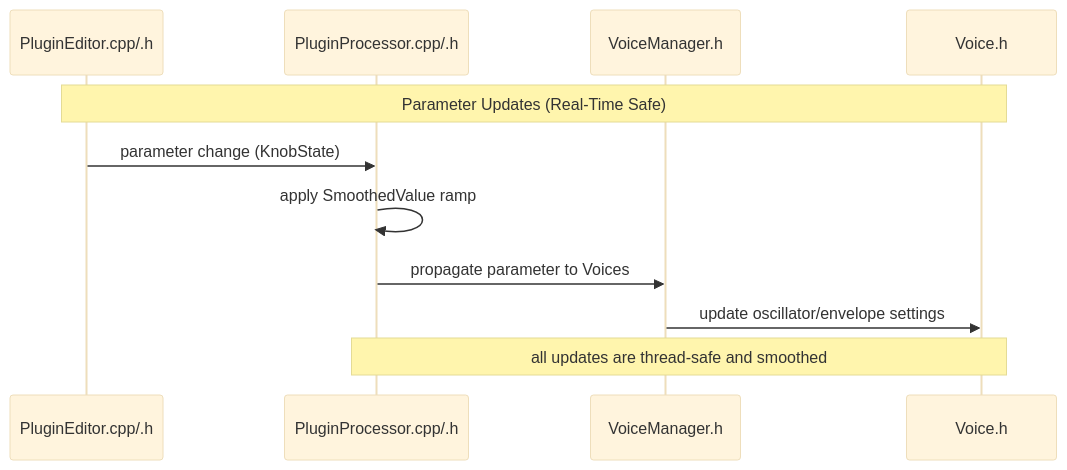
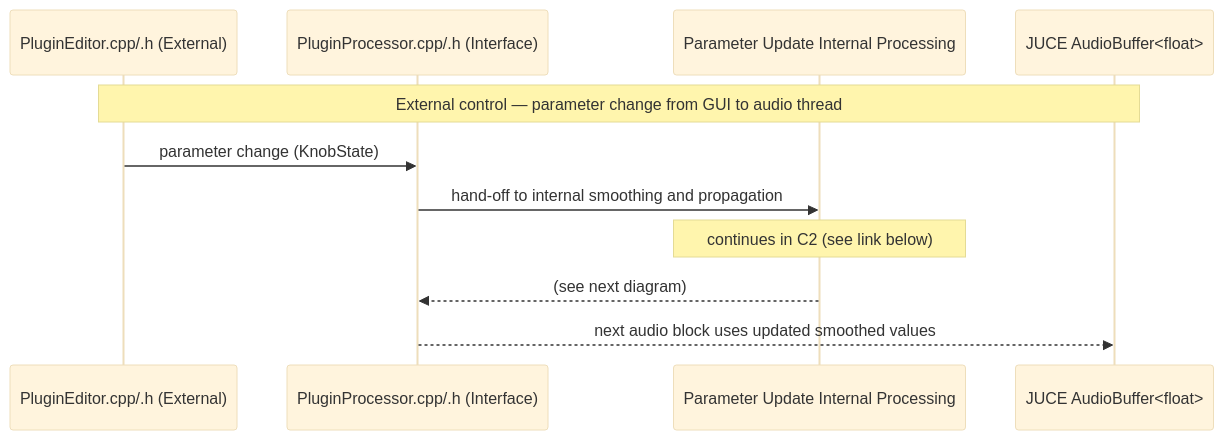
One commit to TYLERSFOSTER/MIDIControl001 changed the seventh of 8 diagrams in docs/architecture.md. Above: the diagram before and after it, drawn with Mermaid (base theme). The commit also changed other lines of this file, not shown here.

````diff
--- a/docs/architecture.md
+++ b/docs/architecture.md
@@ -42,14 +114,14 @@
 ```mermaid
 sequenceDiagram
-participant GUI as PluginEditor.cpp/.h
-participant PluginProcessor as PluginProcessor.cpp/.h
-participant VoiceManager as VoiceManager.h
-participant Voice as Voice.h
+participant GUI as PluginEditor.cpp/.h (External)
+participant PluginProcessor as PluginProcessor.cpp/.h (Interface)
+participant Ref as Parameter Update Internal Processing
+participant Buffer as JUCE AudioBuffer<float>
 
-Note over GUI,Voice: Parameter Updates (Real-Time Safe)
+Note over GUI,Buffer: External control — parameter change from GUI to audio thread
 GUI->>PluginProcessor: parameter change (KnobState)
-PluginProcessor->>PluginProcessor: apply SmoothedValue ramp
-PluginProcessor->>VoiceManager: propagate parameter to Voices
-VoiceManager->>Voice: update oscillator/envelope settings
-Note over PluginProcessor,Voice: all updates are thread-safe and smoothed
+PluginProcessor->>Ref: hand-off to internal smoothing and propagation
+Note over Ref: continues in C2 (see link below)
+Ref-->>PluginProcessor: (see next diagram)
+PluginProcessor-->>Buffer: next audio block uses updated smoothed values
 ```
````
